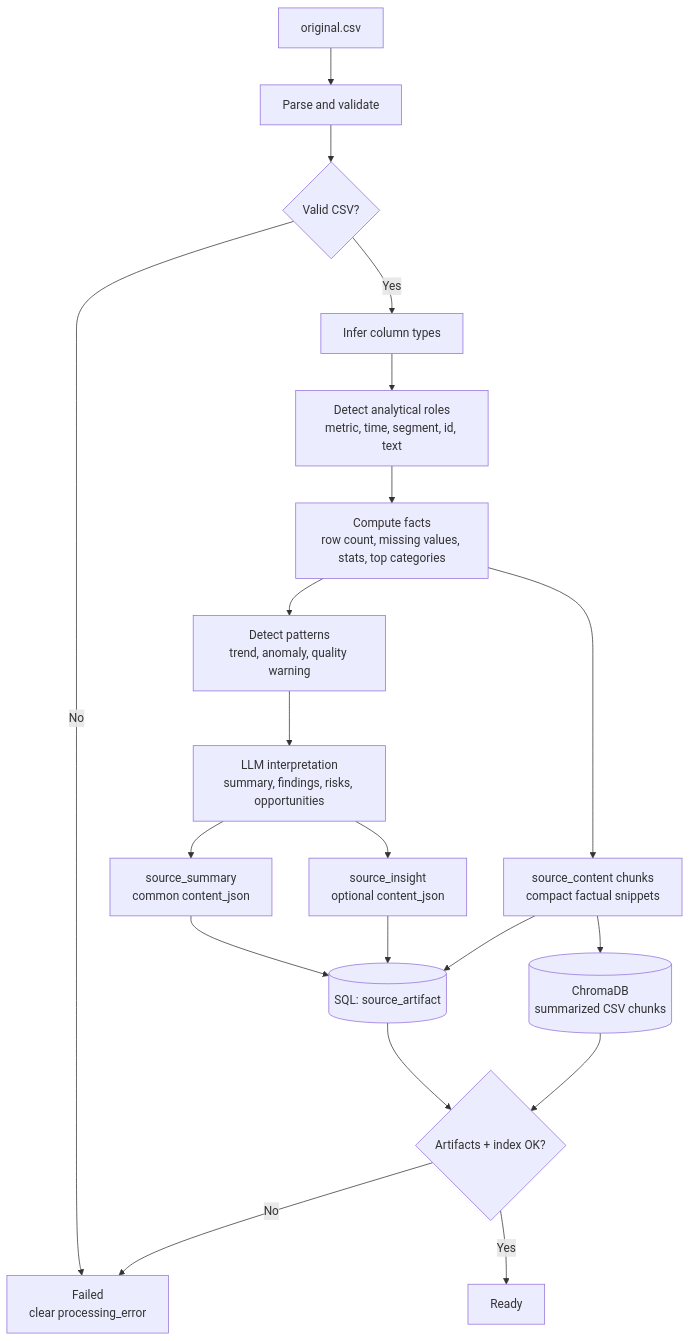
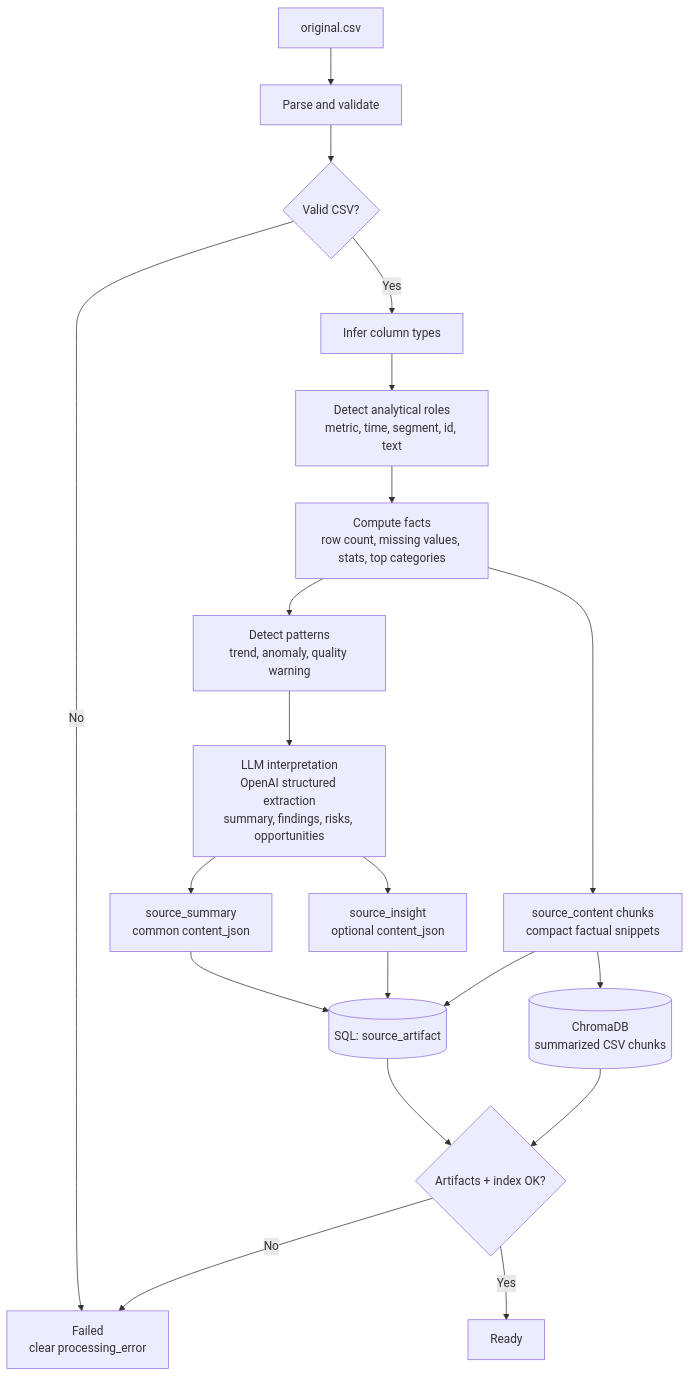
Before and after one commit to kodvel/final-project: the second of 9 diagrams in docs/architecture.md, drawn with Mermaid. The commit also changed other lines of this file and 19 other files, not shown here.

````diff
--- a/docs/architecture.md
+++ b/docs/architecture.md
@@ -82,22 +82,22 @@
 ```mermaid
 flowchart TD
   A[original.csv] --> B[Parse and validate]
   B --> C{Valid CSV?}
   C -->|No| D[Failed<br/>clear processing_error]
   C -->|Yes| E[Infer column types]
   E --> F[Detect analytical roles<br/>metric, time, segment, id, text]
   F --> G[Compute facts<br/>row count, missing values, stats, top categories]
   G --> H[Detect patterns<br/>trend, anomaly, quality warning]
-  H --> I[LLM interpretation<br/>summary, findings, risks, opportunities]
+  H --> I[LLM interpretation<br/>OpenAI structured extraction<br/>summary, findings, risks, opportunities]
   I --> J[source_summary<br/>common content_json]
   I --> K[source_insight<br/>optional content_json]
   G --> L[source_content chunks<br/>compact factual snippets]
   J --> M[(SQL: source_artifact)]
   K --> M
   L --> M
   L --> N[(ChromaDB<br/>summarized CSV chunks)]
   M --> O{Artifacts + index OK?}
   N --> O
   O -->|Yes| P[Ready]
   O -->|No| D
 ```
````
